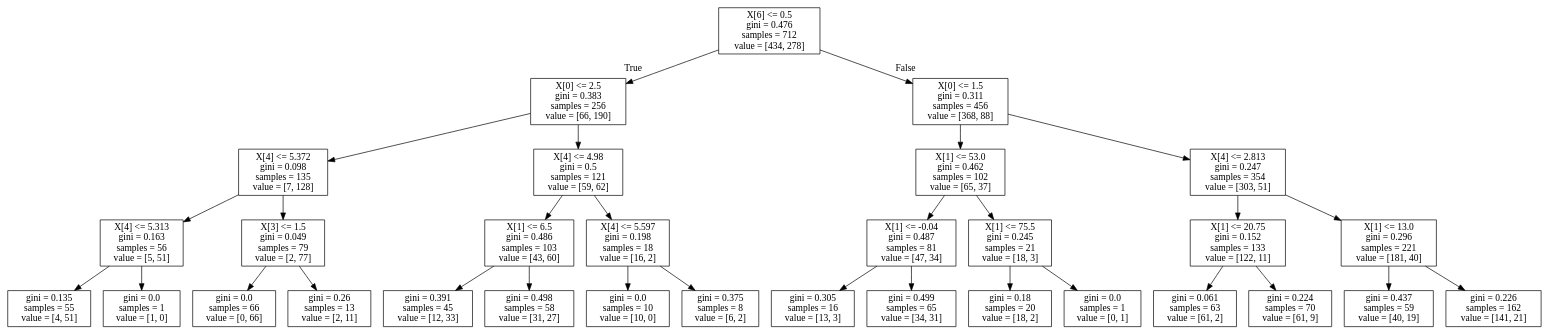
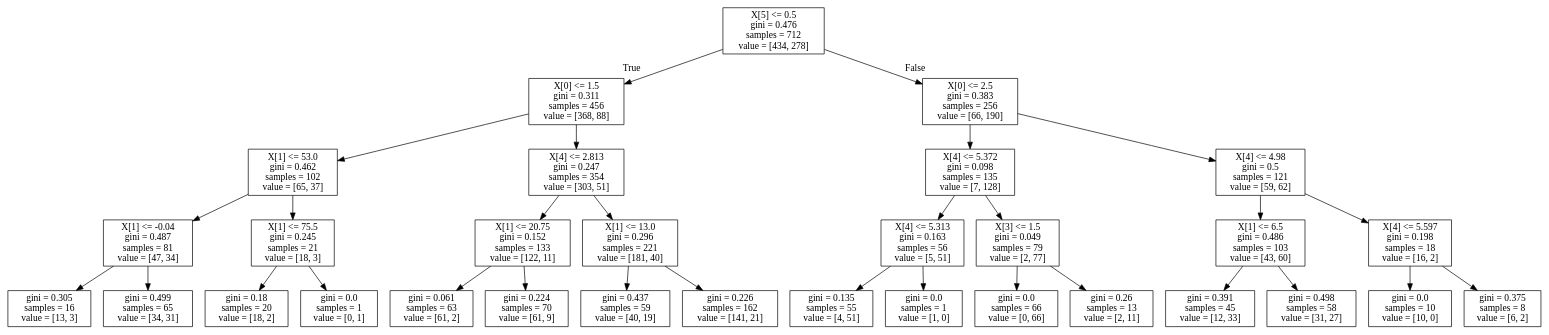
Before and after one commit to tonello88/machine_learning: the diagram in titanic_tree.dot, drawn with Graphviz. The commit also changed 9 other files, not shown here.

```diff
--- a/titanic_tree.dot
+++ b/titanic_tree.dot
@@ -1,64 +1,64 @@
 digraph Tree {
 node [shape=box] ;
-0 [label="X[6] <= 0.5\ngini = 0.476\nsamples = 712\nvalue = [434, 278]"] ;
-1 [label="X[0] <= 2.5\ngini = 0.383\nsamples = 256\nvalue = [66, 190]"] ;
+0 [label="X[5] <= 0.5\ngini = 0.476\nsamples = 712\nvalue = [434, 278]"] ;
+1 [label="X[0] <= 1.5\ngini = 0.311\nsamples = 456\nvalue = [368, 88]"] ;
 0 -> 1 [labeldistance=2.5, labelangle=45, headlabel="True"] ;
-2 [label="X[4] <= 5.372\ngini = 0.098\nsamples = 135\nvalue = [7, 128]"] ;
+2 [label="X[1] <= 53.0\ngini = 0.462\nsamples = 102\nvalue = [65, 37]"] ;
 1 -> 2 ;
-3 [label="X[4] <= 5.313\ngini = 0.163\nsamples = 56\nvalue = [5, 51]"] ;
+3 [label="X[1] <= -0.04\ngini = 0.487\nsamples = 81\nvalue = [47, 34]"] ;
 2 -> 3 ;
-4 [label="gini = 0.135\nsamples = 55\nvalue = [4, 51]"] ;
+4 [label="gini = 0.305\nsamples = 16\nvalue = [13, 3]"] ;
 3 -> 4 ;
-5 [label="gini = 0.0\nsamples = 1\nvalue = [1, 0]"] ;
+5 [label="gini = 0.499\nsamples = 65\nvalue = [34, 31]"] ;
 3 -> 5 ;
-6 [label="X[3] <= 1.5\ngini = 0.049\nsamples = 79\nvalue = [2, 77]"] ;
+6 [label="X[1] <= 75.5\ngini = 0.245\nsamples = 21\nvalue = [18, 3]"] ;
 2 -> 6 ;
-7 [label="gini = 0.0\nsamples = 66\nvalue = [0, 66]"] ;
+7 [label="gini = 0.18\nsamples = 20\nvalue = [18, 2]"] ;
 6 -> 7 ;
-8 [label="gini = 0.26\nsamples = 13\nvalue = [2, 11]"] ;
+8 [label="gini = 0.0\nsamples = 1\nvalue = [0, 1]"] ;
 6 -> 8 ;
-9 [label="X[4] <= 4.98\ngini = 0.5\nsamples = 121\nvalue = [59, 62]"] ;
+9 [label="X[4] <= 2.813\ngini = 0.247\nsamples = 354\nvalue = [303, 51]"] ;
 1 -> 9 ;
-10 [label="X[1] <= 6.5\ngini = 0.486\nsamples = 103\nvalue = [43, 60]"] ;
+10 [label="X[1] <= 20.75\ngini = 0.152\nsamples = 133\nvalue = [122, 11]"] ;
 9 -> 10 ;
-11 [label="gini = 0.391\nsamples = 45\nvalue = [12, 33]"] ;
+11 [label="gini = 0.061\nsamples = 63\nvalue = [61, 2]"] ;
 10 -> 11 ;
-12 [label="gini = 0.498\nsamples = 58\nvalue = [31, 27]"] ;
+12 [label="gini = 0.224\nsamples = 70\nvalue = [61, 9]"] ;
 10 -> 12 ;
-13 [label="X[4] <= 5.597\ngini = 0.198\nsamples = 18\nvalue = [16, 2]"] ;
+13 [label="X[1] <= 13.0\ngini = 0.296\nsamples = 221\nvalue = [181, 40]"] ;
 9 -> 13 ;
-14 [label="gini = 0.0\nsamples = 10\nvalue = [10, 0]"] ;
+14 [label="gini = 0.437\nsamples = 59\nvalue = [40, 19]"] ;
 13 -> 14 ;
-15 [label="gini = 0.375\nsamples = 8\nvalue = [6, 2]"] ;
+15 [label="gini = 0.226\nsamples = 162\nvalue = [141, 21]"] ;
 13 -> 15 ;
-16 [label="X[0] <= 1.5\ngini = 0.311\nsamples = 456\nvalue = [368, 88]"] ;
+16 [label="X[0] <= 2.5\ngini = 0.383\nsamples = 256\nvalue = [66, 190]"] ;
 0 -> 16 [labeldistance=2.5, labelangle=-45, headlabel="False"] ;
-17 [label="X[1] <= 53.0\ngini = 0.462\nsamples = 102\nvalue = [65, 37]"] ;
+17 [label="X[4] <= 5.372\ngini = 0.098\nsamples = 135\nvalue = [7, 128]"] ;
 16 -> 17 ;
-18 [label="X[1] <= -0.04\ngini = 0.487\nsamples = 81\nvalue = [47, 34]"] ;
+18 [label="X[4] <= 5.313\ngini = 0.163\nsamples = 56\nvalue = [5, 51]"] ;
 17 -> 18 ;
-19 [label="gini = 0.305\nsamples = 16\nvalue = [13, 3]"] ;
+19 [label="gini = 0.135\nsamples = 55\nvalue = [4, 51]"] ;
 18 -> 19 ;
-20 [label="gini = 0.499\nsamples = 65\nvalue = [34, 31]"] ;
+20 [label="gini = 0.0\nsamples = 1\nvalue = [1, 0]"] ;
 18 -> 20 ;
-21 [label="X[1] <= 75.5\ngini = 0.245\nsamples = 21\nvalue = [18, 3]"] ;
+21 [label="X[3] <= 1.5\ngini = 0.049\nsamples = 79\nvalue = [2, 77]"] ;
 17 -> 21 ;
-22 [label="gini = 0.18\nsamples = 20\nvalue = [18, 2]"] ;
+22 [label="gini = 0.0\nsamples = 66\nvalue = [0, 66]"] ;
 21 -> 22 ;
-23 [label="gini = 0.0\nsamples = 1\nvalue = [0, 1]"] ;
+23 [label="gini = 0.26\nsamples = 13\nvalue = [2, 11]"] ;
 21 -> 23 ;
-24 [label="X[4] <= 2.813\ngini = 0.247\nsamples = 354\nvalue = [303, 51]"] ;
+24 [label="X[4] <= 4.98\ngini = 0.5\nsamples = 121\nvalue = [59, 62]"] ;
 16 -> 24 ;
-25 [label="X[1] <= 20.75\ngini = 0.152\nsamples = 133\nvalue = [122, 11]"] ;
+25 [label="X[1] <= 6.5\ngini = 0.486\nsamples = 103\nvalue = [43, 60]"] ;
 24 -> 25 ;
-26 [label="gini = 0.061\nsamples = 63\nvalue = [61, 2]"] ;
+26 [label="gini = 0.391\nsamples = 45\nvalue = [12, 33]"] ;
 25 -> 26 ;
-27 [label="gini = 0.224\nsamples = 70\nvalue = [61, 9]"] ;
+27 [label="gini = 0.498\nsamples = 58\nvalue = [31, 27]"] ;
 25 -> 27 ;
-28 [label="X[1] <= 13.0\ngini = 0.296\nsamples = 221\nvalue = [181, 40]"] ;
+28 [label="X[4] <= 5.597\ngini = 0.198\nsamples = 18\nvalue = [16, 2]"] ;
 24 -> 28 ;
-29 [label="gini = 0.437\nsamples = 59\nvalue = [40, 19]"] ;
+29 [label="gini = 0.0\nsamples = 10\nvalue = [10, 0]"] ;
 28 -> 29 ;
-30 [label="gini = 0.226\nsamples = 162\nvalue = [141, 21]"] ;
+30 [label="gini = 0.375\nsamples = 8\nvalue = [6, 2]"] ;
 28 -> 30 ;
 }
```
